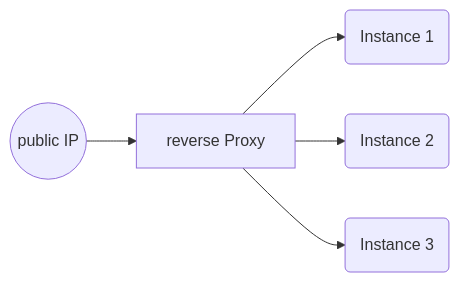
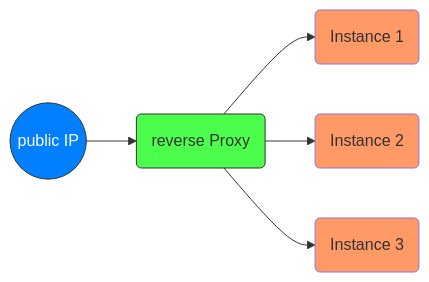
The first of 7 diagrams in README.md (msalemor/app-services-networking), drawn with Mermaid before and after one commit.

````diff
--- a/README.md
+++ b/README.md
@@ -12,7 +12,11 @@
 ```mermaid
 graph LR;
     Z((public IP))-->A;
-    A[reverse Proxy]-->B(Instance 1);
+    A(reverse Proxy)-->B(Instance 1);
     A-->C(Instance 2);
     A-->D(Instance 3);
+    style Z fill:#007FFF,stroke:#333,stroke-width:1px,color:#fff;
+    style A fill:#4DFF4D,stroke:#333,stroke-width:1px;
+    classDef someclass fill:#f96;
+    class B,C,D someclass;
 ```
````
